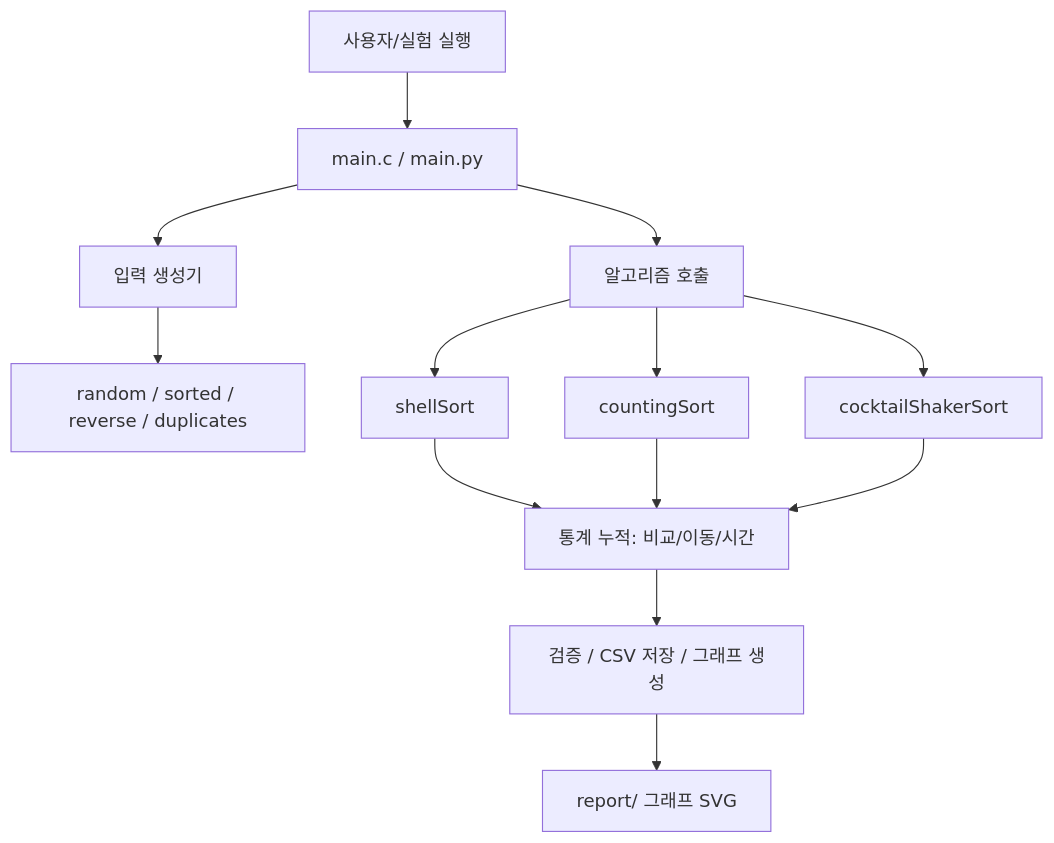
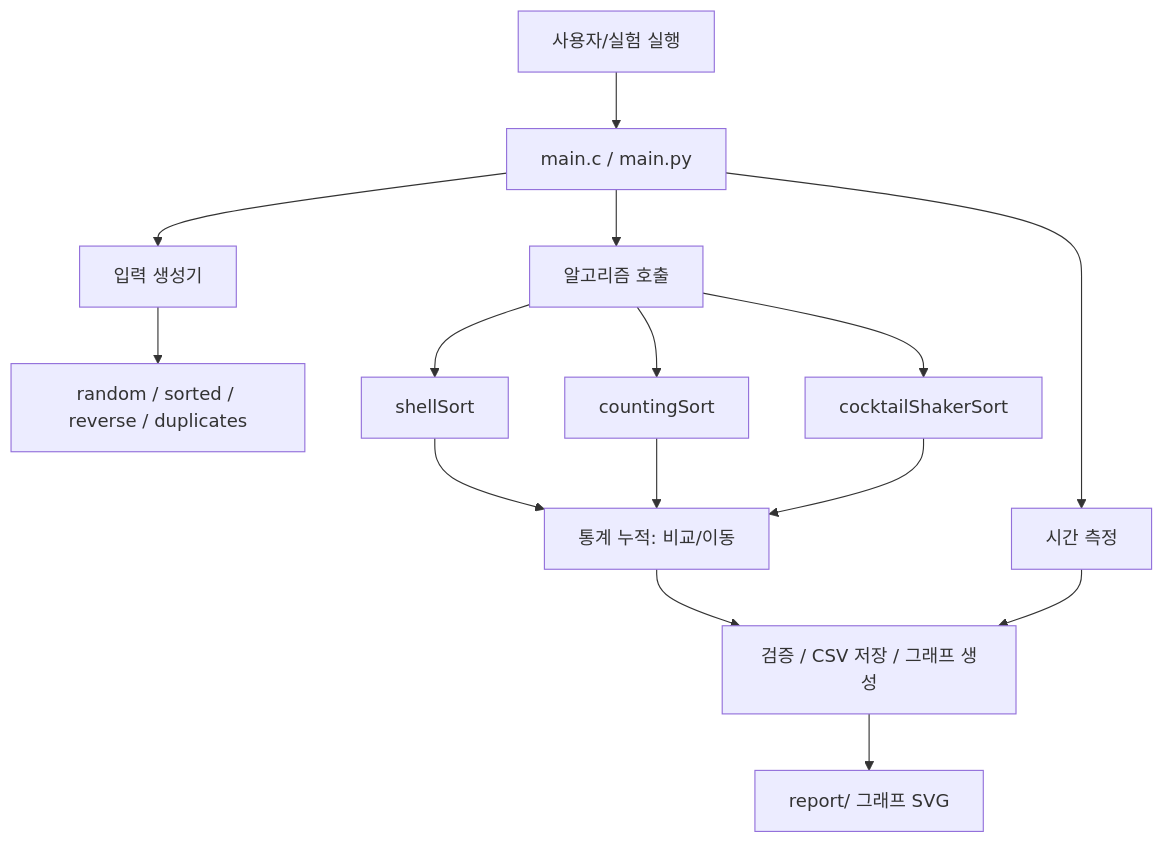
One commit to 2026193116/Compare-Sorting changed the first of 3 diagrams in report/REPORT.md. Above: the diagram before and after it, drawn with Mermaid. The commit also changed other lines of this file, not shown here.

Commit message:
Fix REPORT.md: correct Python code examples, improve algorithm descriptions, fix complexity statements

````diff
--- a/report/REPORT.md
+++ b/report/REPORT.md
@@ -127,15 +108,17 @@
 ```mermaid
 flowchart TD
     A[사용자/실험 실행] --> B[main.c / main.py]
     B --> C[입력 생성기]
     C --> D[random / sorted / reverse / duplicates]
     B --> E[알고리즘 호출]
     E --> F[shellSort]
     E --> G[countingSort]
     E --> H[cocktailShakerSort]
-    F --> I[통계 누적: 비교/이동/시간]
+    F --> I[통계 누적: 비교/이동]
     G --> I
     H --> I
-    I --> J[검증 / CSV 저장 / 그래프 생성]
-    J --> K[report/ 그래프 SVG]
+    B --> J[시간 측정]
+    I --> K[검증 / CSV 저장 / 그래프 생성]
+    J --> K
+    K --> L[report/ 그래프 SVG]
 ```
````
